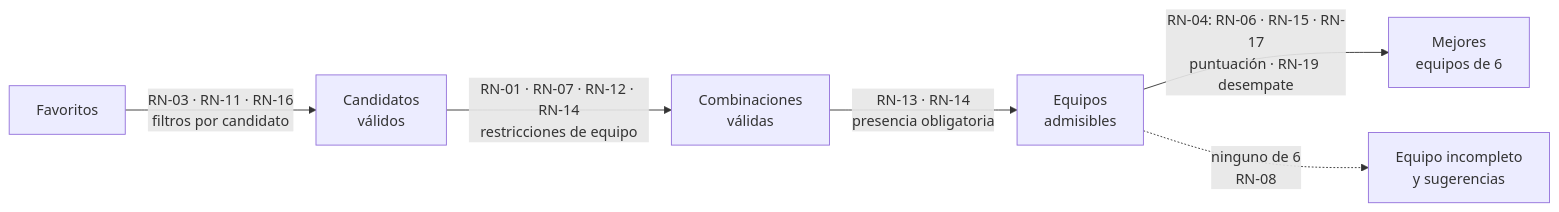
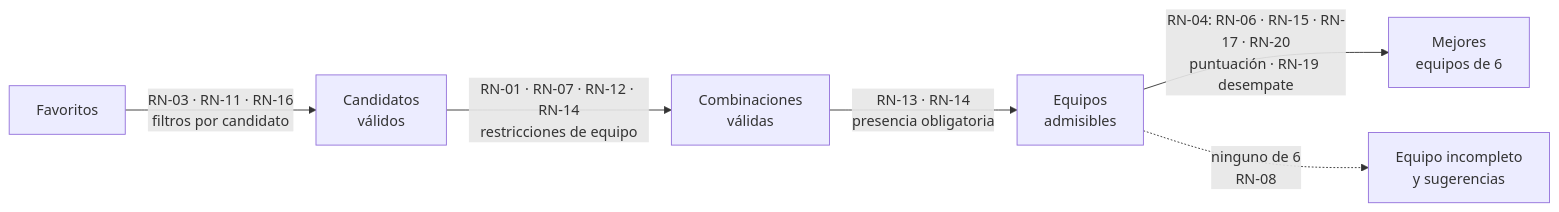
The diagram in docs/01-ddf/reglas-negocio.md (AlbertoMercado/pokemon-team-builder), drawn with Mermaid before and after one commit. The commit also changed other lines of this file and 7 other files, not shown here.

````diff
--- a/docs/01-ddf/reglas-negocio.md
+++ b/docs/01-ddf/reglas-negocio.md
@@ -82,8 +83,8 @@
 ```mermaid
 flowchart LR
     F[Favoritos] -- "RN-03 · RN-11 · RN-16<br/>filtros por candidato" --> V[Candidatos<br/>válidos]
     V -- "RN-01 · RN-07 · RN-12 · RN-14<br/>restricciones de equipo" --> C[Combinaciones<br/>válidas]
     C -- "RN-13 · RN-14<br/>presencia obligatoria" --> P[Equipos<br/>admisibles]
-    P -- "RN-04: RN-06 · RN-15 · RN-17<br/>puntuación · RN-19 desempate" --> E[Mejores<br/>equipos de 6]
+    P -- "RN-04: RN-06 · RN-15 · RN-17 · RN-20<br/>puntuación · RN-19 desempate" --> E[Mejores<br/>equipos de 6]
     P -. "ninguno de 6<br/>RN-08" .-> A[Equipo incompleto<br/>y sugerencias]
 ```
````
